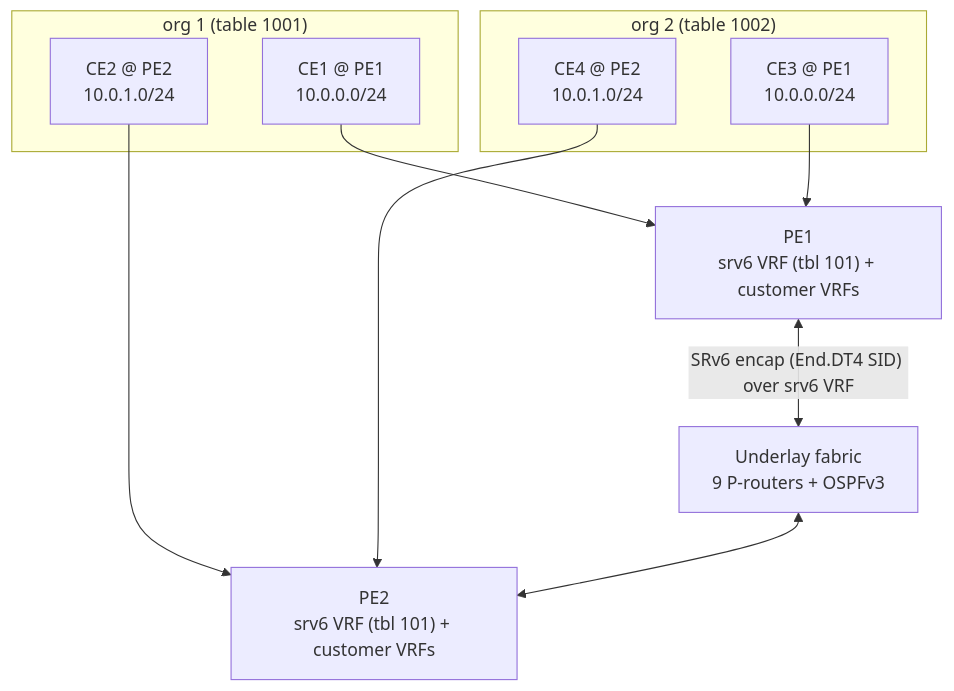
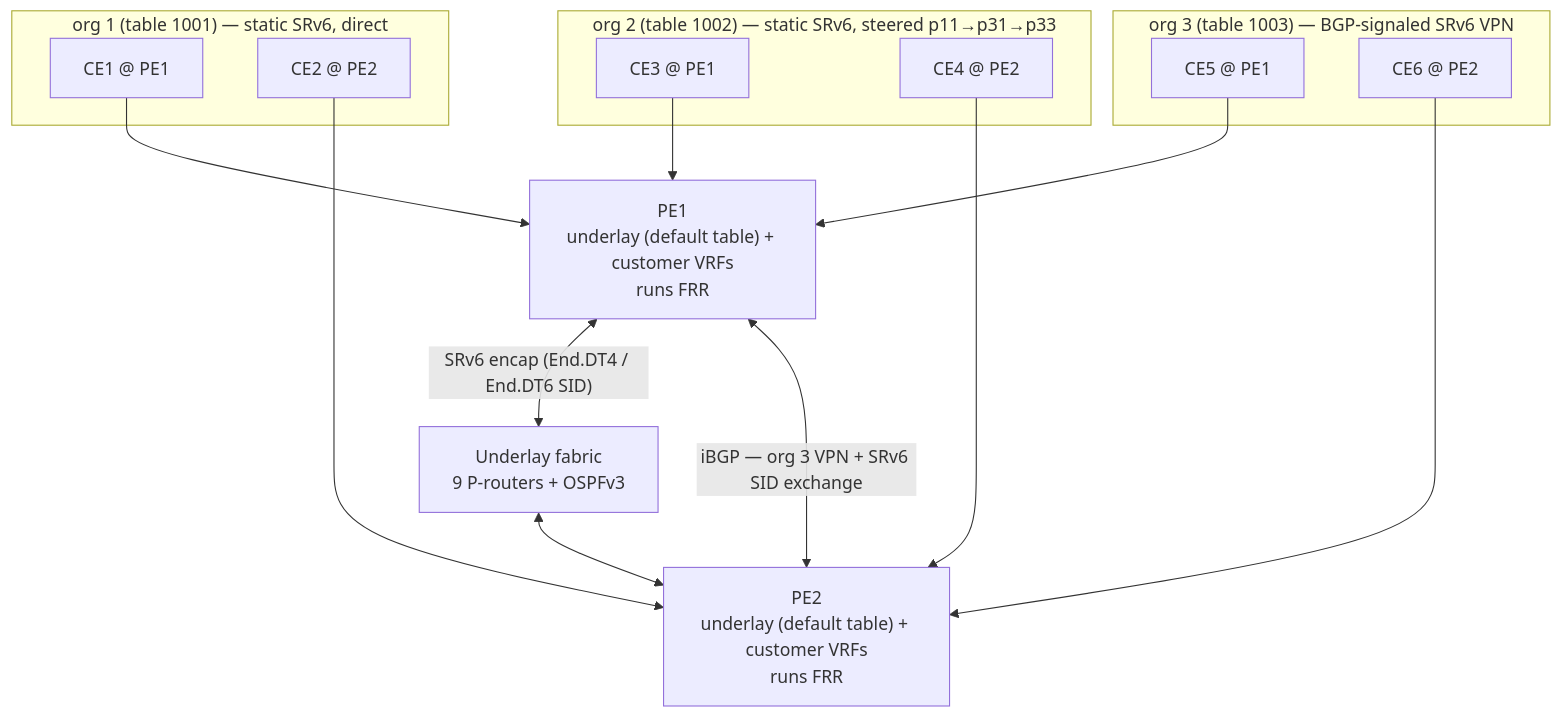
The first of 2 diagrams in README.md (cmpxchg16b-nop/ipv6-lab), drawn with Mermaid before and after one commit. The commit also changed other lines of this file, not shown here.

````diff
--- a/README.md
+++ b/README.md
@@ -36,19 +53,24 @@
 ```mermaid
 flowchart TD
-    subgraph ORG1["org 1  (table 1001)"]
-        CE1["CE1 @ PE1<br/>10.0.0.0/24"]
-        CE2["CE2 @ PE2<br/>10.0.1.0/24"]
+    subgraph ORG1["org 1  (table 1001) — static SRv6, direct"]
+        CE1["CE1 @ PE1"]
+        CE2["CE2 @ PE2"]
     end
-    subgraph ORG2["org 2  (table 1002)"]
-        CE3["CE3 @ PE1<br/>10.0.0.0/24"]
-        CE4["CE4 @ PE2<br/>10.0.1.0/24"]
+    subgraph ORG2["org 2  (table 1002) — static SRv6, steered p11→p31→p33"]
+        CE3["CE3 @ PE1"]
+        CE4["CE4 @ PE2"]
     end
-    PE1["PE1<br/>srv6 VRF (tbl 101) + customer VRFs"]
-    PE2["PE2<br/>srv6 VRF (tbl 101) + customer VRFs"]
+    subgraph ORG3["org 3  (table 1003) — BGP-signaled SRv6 VPN"]
+        CE5["CE5 @ PE1"]
+        CE6["CE6 @ PE2"]
+    end
+    PE1["PE1<br/>underlay (default table) + customer VRFs<br/>runs FRR"]
+    PE2["PE2<br/>underlay (default table) + customer VRFs<br/>runs FRR"]
     FAB["Underlay fabric<br/>9 P-routers + OSPFv3"]
 
-    CE1 & CE3 --> PE1
-    CE2 & CE4 --> PE2
-    PE1 <-->|"SRv6 encap (End.DT4 SID) over srv6 VRF"| FAB
+    CE1 & CE3 & CE5 --> PE1
+    CE2 & CE4 & CE6 --> PE2
+    PE1 <-->|"SRv6 encap (End.DT4 / End.DT6 SID)"| FAB
     FAB <--> PE2
+    PE1 <-->|"iBGP — org 3 VPN + SRv6 SID exchange"| PE2
 ```
````
